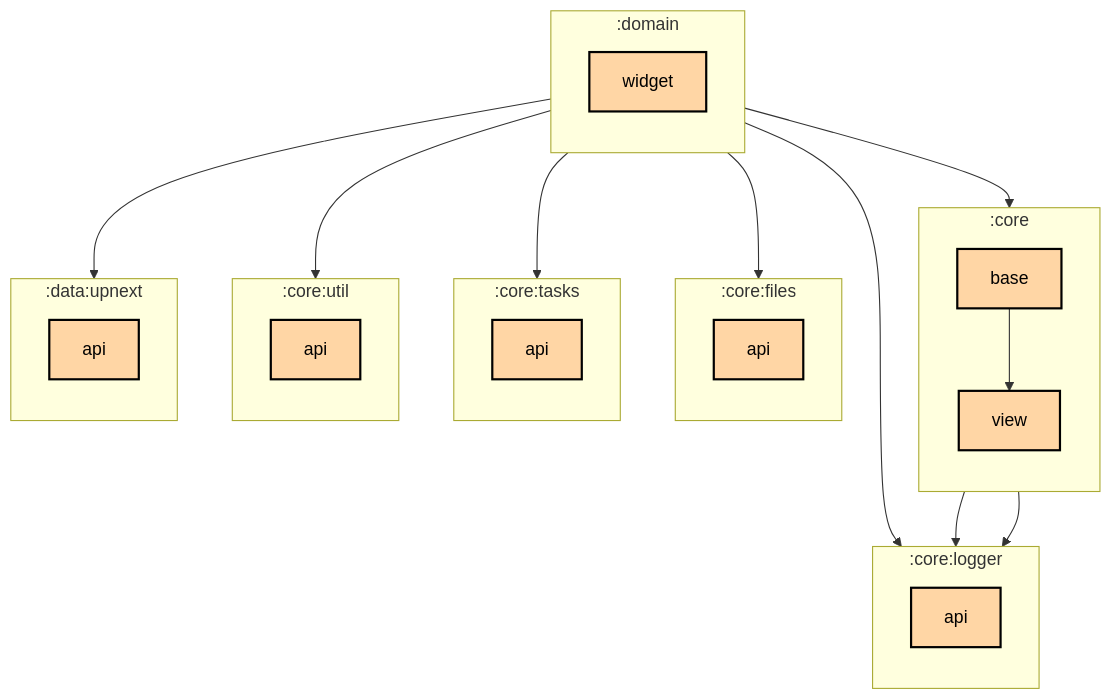
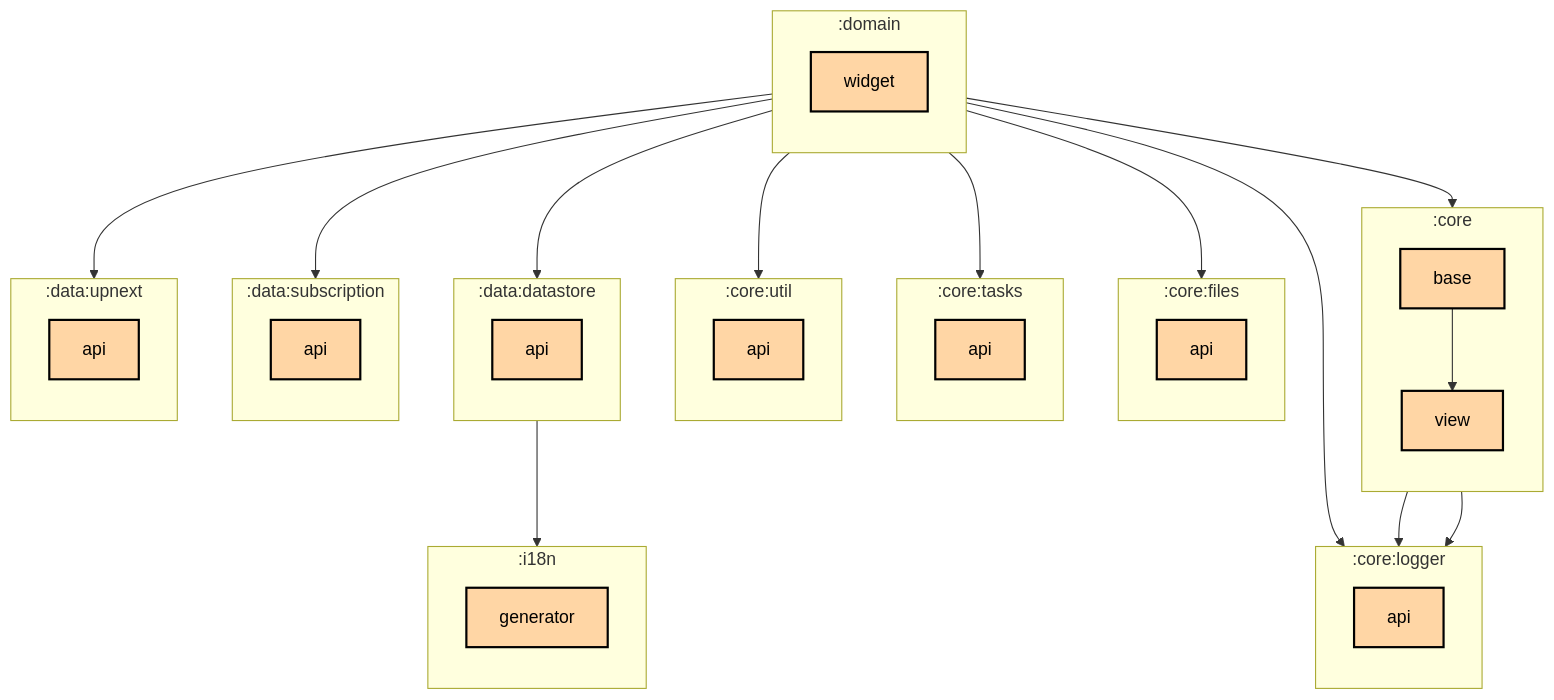
One commit to thomaskioko/tv-maniac changed the first of 2 diagrams in domain/widget/README.md. Above: the diagram before and after it, drawn with Mermaid. The commit also changed 80 other files, not shown here.

````diff
--- a/domain/widget/README.md
+++ b/domain/widget/README.md
@@ -6,48 +6,63 @@
 ```mermaid
 graph TB
   subgraph :core
     direction TB
     :core:base[base]:::multiplatform
     :core:view[view]:::multiplatform
   end
   subgraph :core:files
     direction TB
     :core:files:api[api]:::multiplatform
   end
   subgraph :core:logger
     direction TB
     :core:logger:api[api]:::multiplatform
   end
   subgraph :core:tasks
     direction TB
     :core:tasks:api[api]:::multiplatform
   end
   subgraph :core:util
     direction TB
     :core:util:api[api]:::multiplatform
   end
+  subgraph :data:datastore
+    direction TB
+    :data:datastore:api[api]:::multiplatform
+  end
+  subgraph :data:subscription
+    direction TB
+    :data:subscription:api[api]:::multiplatform
+  end
   subgraph :data:upnext
     direction TB
     :data:upnext:api[api]:::multiplatform
   end
   subgraph :domain
     direction TB
     :domain:widget[widget]:::multiplatform
   end
+  subgraph :i18n
+    direction TB
+    :i18n:generator[generator]:::multiplatform
+  end
 
   :core:base --> :core:logger:api
   :core:base --> :core:view
   :core:view --> :core:logger:api
+  :data:datastore:api --> :i18n:generator
   :domain:widget --> :core:base
   :domain:widget --> :core:files:api
   :domain:widget --> :core:logger:api
   :domain:widget --> :core:tasks:api
   :domain:widget --> :core:util:api
+  :domain:widget --> :data:datastore:api
+  :domain:widget --> :data:subscription:api
   :domain:widget --> :data:upnext:api
 
 classDef application fill:#CAFFBF,stroke:#000,stroke-width:2px,color:#000;
 classDef multiplatform fill:#FFD6A5,stroke:#000,stroke-width:2px,color:#000;
 classDef android-library fill:#9BF6FF,stroke:#000,stroke-width:2px,color:#000;
 classDef jvm-library fill:#BDB2FF,stroke:#000,stroke-width:2px,color:#000;
 classDef unknown fill:#FFADAD,stroke:#000,stroke-width:2px,color:#000;
 ```
````
